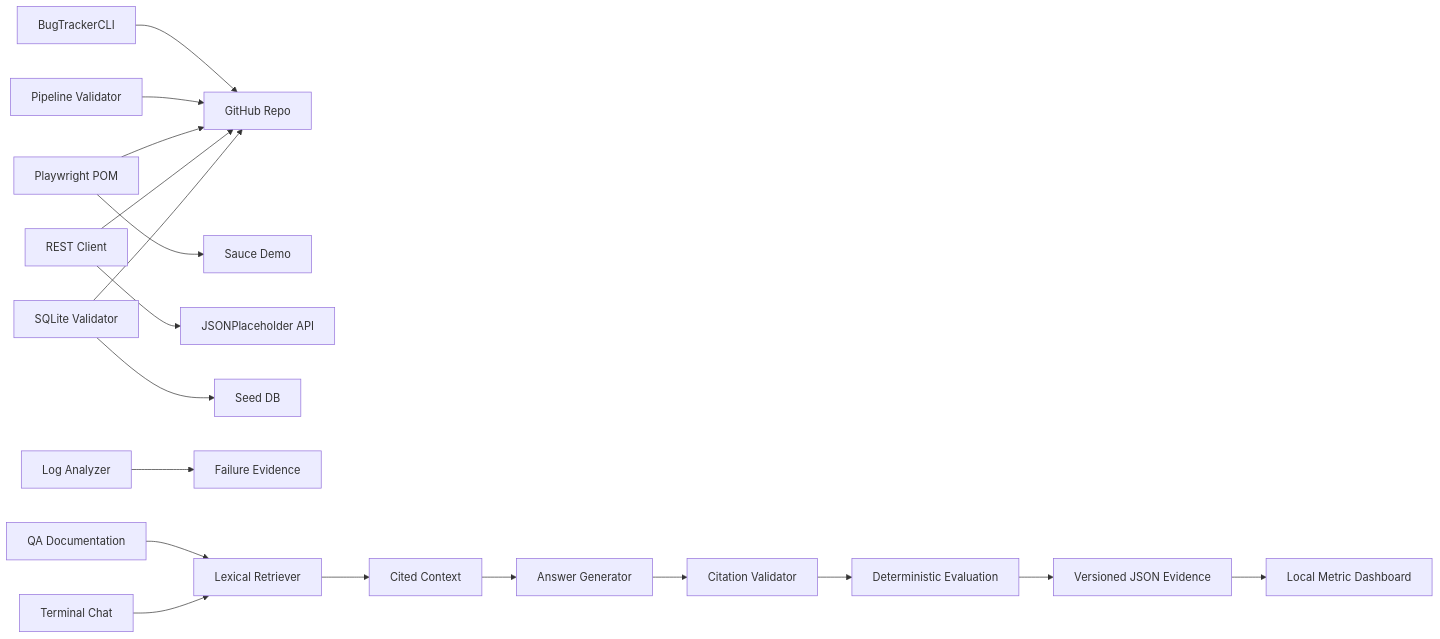
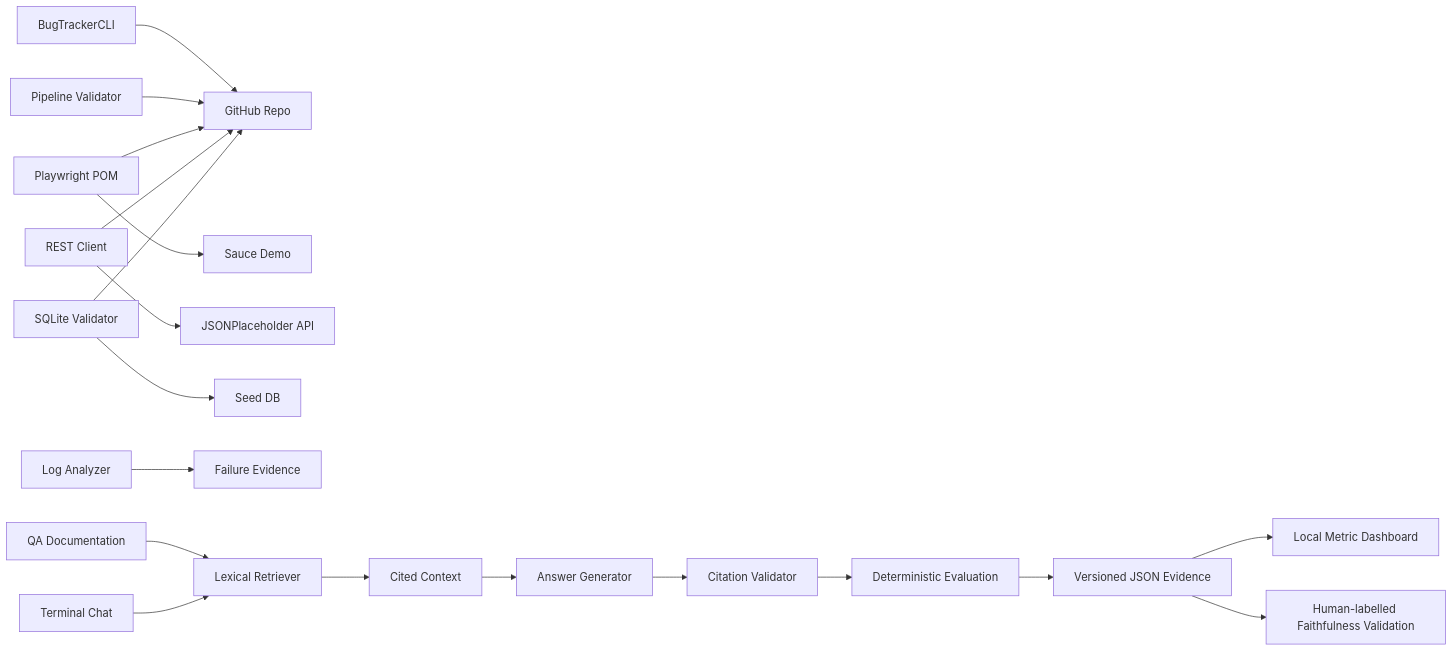
Before and after one commit to saptayh-8910/qa-compliance-sentry: the diagram in README.md, drawn with Mermaid. The commit also changed other lines of this file and 18 other files, not shown here.

````diff
--- a/README.md
+++ b/README.md
@@ -46,20 +48,21 @@
 ```mermaid
 flowchart LR
   CLI[BugTrackerCLI] --> Repo[GitHub Repo]
   PW[Playwright POM] --> Sauce[Sauce Demo]
   API[REST Client] --> JSON[JSONPlaceholder API]
   DB[SQLite Validator] --> Seed[Seed DB]
   LOG[Log Analyzer] --> Evidence[Failure Evidence]
   PIPE[Pipeline Validator] --> Repo
   DOCS[QA Documentation] --> RAG[Lexical Retriever]
   CHAT[Terminal Chat] --> RAG
   RAG --> CTX[Cited Context]
   CTX --> GEN[Answer Generator]
   GEN --> VERIFY[Citation Validator]
   VERIFY --> EVAL[Deterministic Evaluation]
   EVAL --> EVIDENCE[Versioned JSON Evidence]
   EVIDENCE --> DASH[Local Metric Dashboard]
+  EVIDENCE --> FAITH[Human-labelled Faithfulness Validation]
   PW --> Repo
   API --> Repo
   DB --> Repo
 ```
````
